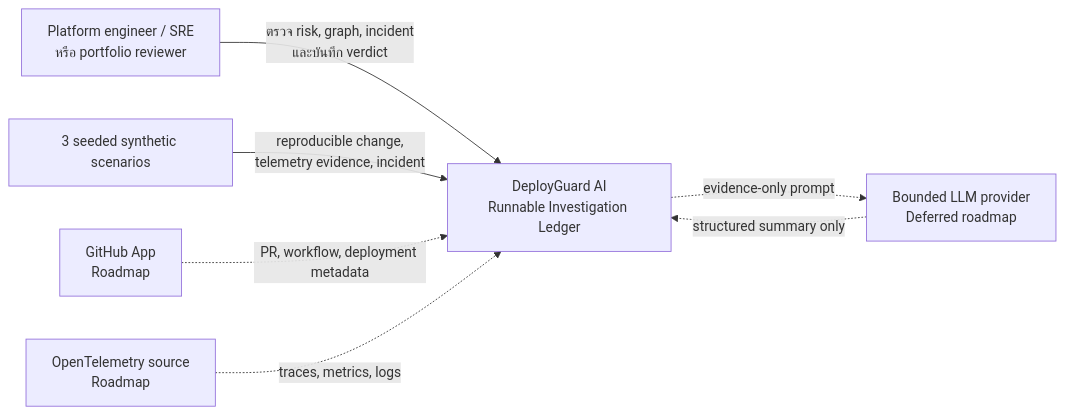
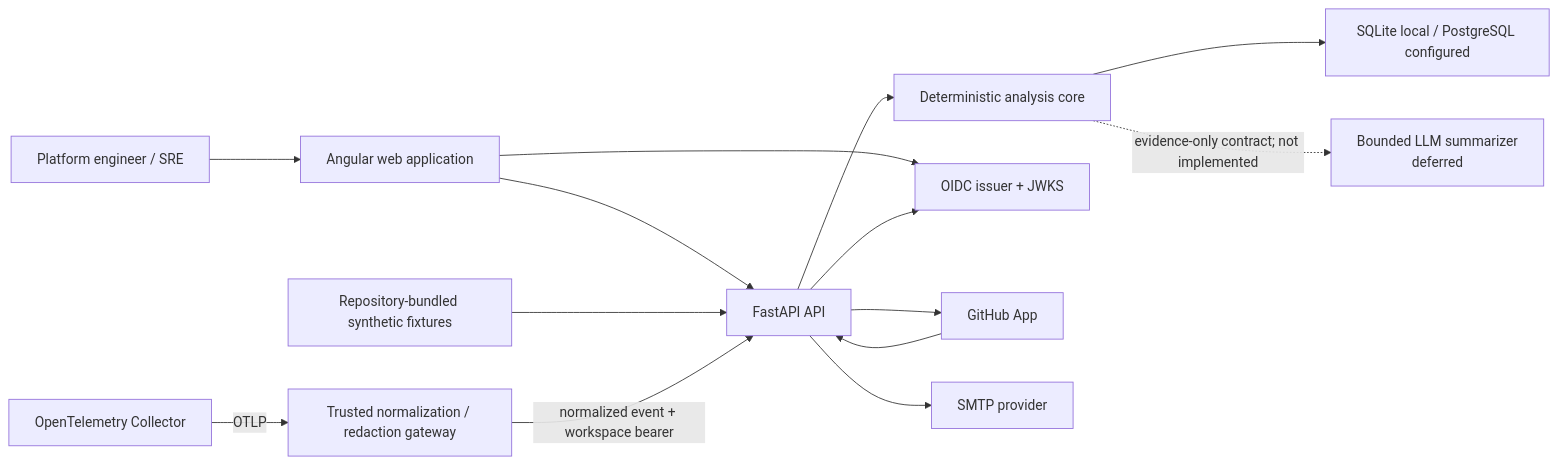
One commit to kingggg5/deployguardai changed the first of 5 diagrams in docs/ARCHITECTURE.md. Above: the diagram before and after it, drawn with Mermaid. The commit also changed other lines of this file and 54 other files, not shown here.

````diff
--- a/docs/ARCHITECTURE.md
+++ b/docs/ARCHITECTURE.md
@@ -41,16 +39,27 @@
 ```mermaid
 flowchart LR
-    User["Platform engineer / SRE<br/>หรือ portfolio reviewer"]
-    DG["DeployGuard AI<br/>Runnable Investigation Ledger"]
-    Seed["3 seeded synthetic scenarios"]
-    GH["GitHub App<br/>Roadmap"]
-    OTEL["OpenTelemetry source<br/>Roadmap"]
-    LLM["Bounded LLM provider<br/>Deferred roadmap"]
+    User["Platform engineer / SRE"]
+    UI["Angular web application"]
+    API["FastAPI API"]
+    Core["Deterministic analysis core"]
+    DB["SQLite local / PostgreSQL configured"]
+    Seed["Repository-bundled synthetic fixtures"]
+    OIDC["OIDC issuer + JWKS"]
+    GH["GitHub App"]
+    SMTP["SMTP provider"]
+    Collector["OpenTelemetry Collector"]
+    Gateway["Trusted normalization / redaction gateway"]
+    LLM["Bounded LLM summarizer<br/>deferred"]
 
-    User -->|"ตรวจ risk, graph, incident<br/>และบันทึก verdict"| DG
-    Seed -->|"reproducible change,<br/>telemetry evidence, incident"| DG
-    GH -.->|"PR, workflow, deployment metadata"| DG
-    OTEL -.->|"traces, metrics, logs"| DG
-    DG -.->|"evidence-only prompt"| LLM
-    LLM -.->|"structured summary only"| DG
+    User --> UI --> API --> Core
+    Core --> DB
+    Seed --> API
+    UI --> OIDC
+    API --> OIDC
+    GH --> API
+    API --> GH
+    API --> SMTP
+    Collector -->|"OTLP"| Gateway
+    Gateway -->|"normalized event + workspace bearer"| API
+    Core -.->|"evidence-only contract; not implemented"| LLM
 ```
````
